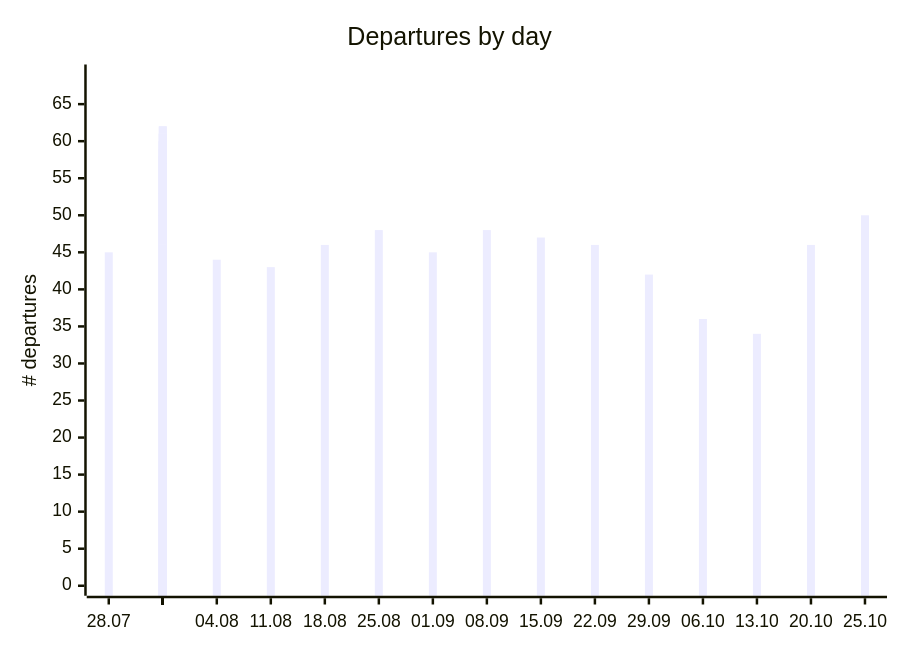
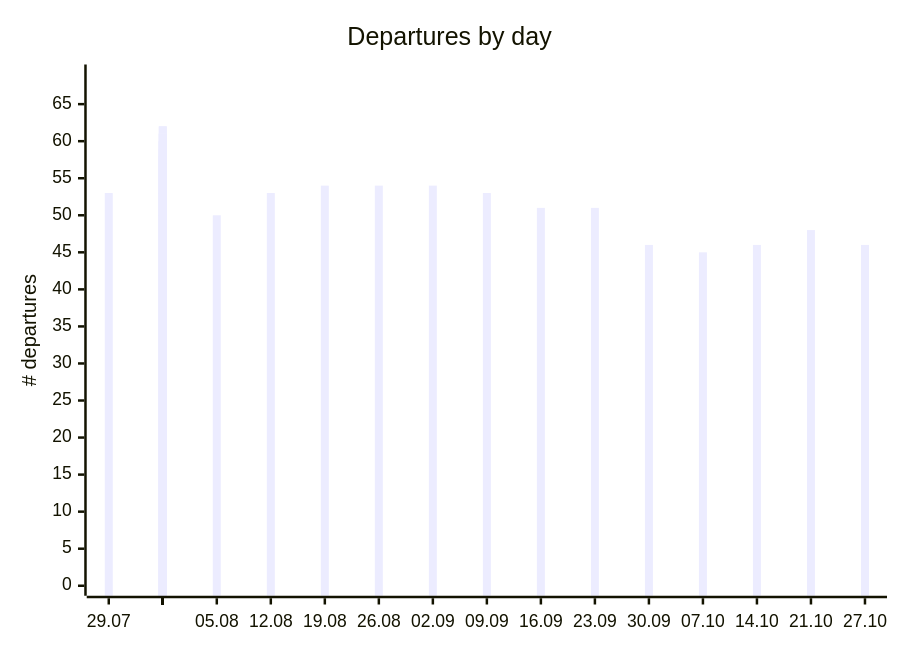
The first of 2 diagrams in README.md (rainermesi/tll-airport-departures), drawn with Mermaid before and after one commit. The commit also changed other lines of this file and 7 other files, not shown here.

````diff
--- a/README.md
+++ b/README.md
@@ -14,12 +37,12 @@
 ```mermaid
 ---
 xyChart:
     xAxis:
       labelFontSize: 8
 ---
 xychart-beta
     title "Departures by day"
-    x-axis ["28.07", " ", " ", " ", " ", " ", " ", "04.08", " ", " ", " ", " ", " ", " ", "11.08", " ", " ", " ", " ", " ", " ", "18.08", " ", " ", " ", " ", " ", " ", "25.08", " ", " ", " ", " ", " ", " ", "01.09", " ", " ", " ", " ", " ", " ", "08.09", " ", " ", " ", " ", " ", " ", "15.09", " ", " ", " ", " ", " ", " ", "22.09", " ", " ", " ", " ", " ", " ", "29.09", " ", " ", " ", " ", " ", " ", "06.10", " ", " ", " ", " ", " ", " ", "13.10", " ", " ", " ", " ", " ", " ", "20.10", " ", " ", " ", " ", "25.10"]
+    x-axis ["29.07", " ", " ", " ", " ", " ", " ", "05.08", " ", " ", " ", " ", " ", " ", "12.08", " ", " ", " ", " ", " ", " ", "19.08", " ", " ", " ", " ", " ", " ", "26.08", " ", " ", " ", " ", " ", " ", "02.09", " ", " ", " ", " ", " ", " ", "09.09", " ", " ", " ", " ", " ", " ", "16.09", " ", " ", " ", " ", " ", " ", "23.09", " ", " ", " ", " ", " ", " ", "30.09", " ", " ", " ", " ", " ", " ", "07.10", " ", " ", " ", " ", " ", " ", "14.10", " ", " ", " ", " ", " ", " ", "21.10", " ", " ", " ", " ", "27.10"]
     y-axis "# departures" 0 --> 69
-    bar [45, 53, 57, 60, 42, 56, 55, 44, 50, 51, 62, 45, 57, 58, 43, 53, 54, 61, 48, 57, 60, 46, 54, 55, 60, 43, 58, 58, 48, 54, 33, 32, 34, 52, 54, 45, 54, 49, 62, 42, 56, 57, 48, 53, 52, 61, 44, 54, 56, 47, 51, 52, 59, 43, 52, 55, 46, 51, 53, 57, 40, 48, 54, 42, 46, 52, 54, 40, 48, 50, 36, 45, 46, 53, 35, 49, 50, 34, 46, 52, 58, 44, 55, 56, 46, 48, 52, 57, 46, 50]
+    bar [53, 57, 60, 42, 56, 55, 44, 50, 51, 62, 45, 57, 58, 43, 53, 54, 61, 48, 57, 60, 46, 54, 55, 60, 43, 58, 58, 48, 54, 33, 32, 34, 52, 54, 45, 54, 49, 62, 42, 56, 57, 48, 53, 52, 61, 44, 54, 56, 47, 51, 52, 59, 43, 52, 55, 46, 51, 53, 57, 40, 48, 54, 42, 46, 52, 54, 40, 48, 50, 36, 45, 46, 53, 35, 49, 50, 34, 46, 52, 58, 44, 55, 56, 46, 48, 52, 57, 46, 50, 46]
 ```
````
